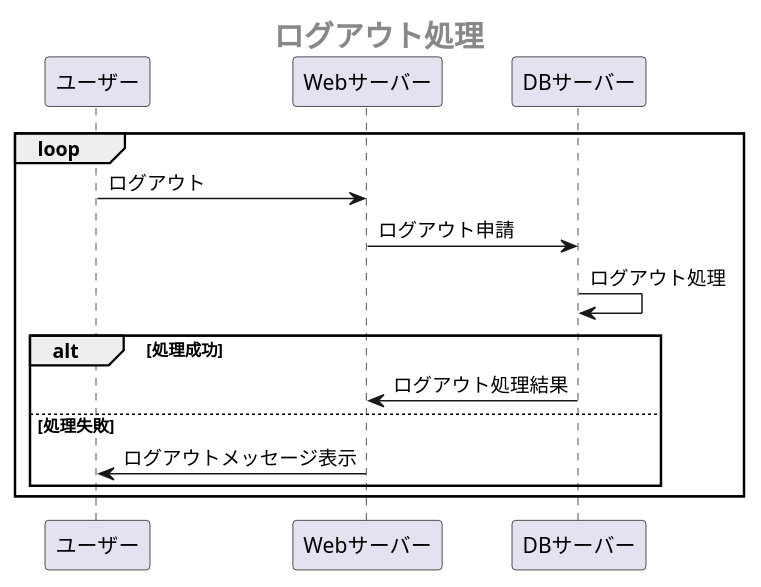
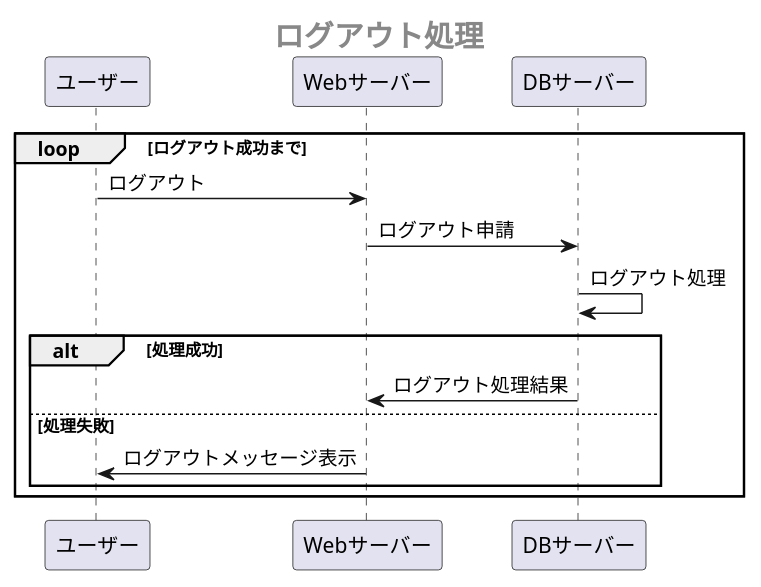
Before and after one commit to Aso2001147/system3: the third of 6 diagrams in 業務フロー図.md, drawn with PlantUML.

````diff
--- a/業務フロー図.md
+++ b/業務フロー図.md
@@ -81,15 +81,15 @@
 ```uml
 @startuml
  center header <size:20><b>ログアウト処理</b></size>
- loop
+ loop ログアウト成功まで
   ユーザー -> Webサーバー:ログアウト
   Webサーバー -> DBサーバー:ログアウト申請
   DBサーバー -> DBサーバー:ログアウト処理
   alt 処理成功
    DBサーバー -> Webサーバー:ログアウト処理結果
   else 処理失敗
    Webサーバー ->ユーザー:ログアウトメッセージ表示
   end
  end
 @enduml
 ```
````
